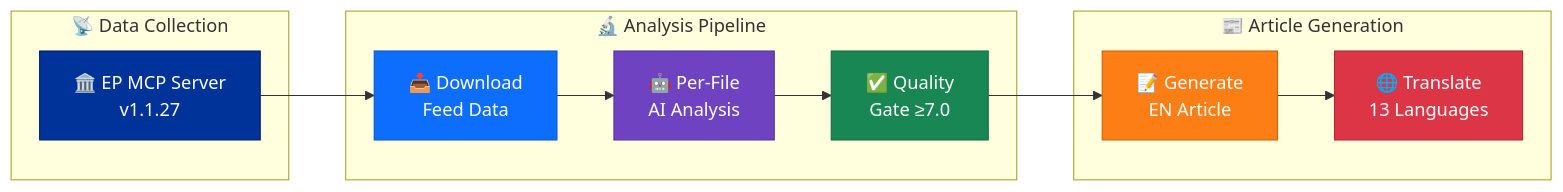
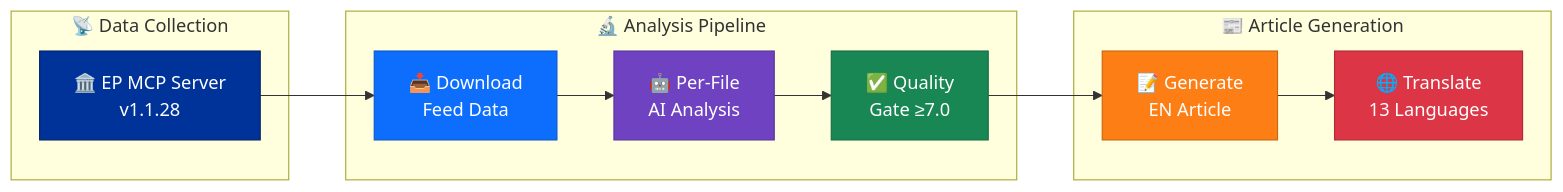
One commit to Hack23/euparliamentmonitor changed the first of 7 diagrams in analysis/README.md. Above: the diagram before and after it, drawn with Mermaid. The commit also changed other lines of this file and 27 other files, not shown here.

First line of the commit message:
chore: bump european-parliament-mcp-server 1.1.27 → 1.1.28 in all config, workflows, and docs

````diff
--- a/analysis/README.md
+++ b/analysis/README.md
@@ -63,26 +63,26 @@
 ```mermaid
 flowchart LR
     subgraph "📡 Data Collection"
-        EP["🏛️ EP MCP Server\nv1.1.27"]
+        EP["🏛️ EP MCP Server\nv1.1.28"]
     end
 
     subgraph "🔬 Analysis Pipeline"
         DL["📥 Download\nFeed Data"]
         AI["🤖 Per-File\nAI Analysis"]
         QG["✅ Quality\nGate ≥7.0"]
     end
 
     subgraph "📰 Article Generation"
         GEN["📝 Generate\nEN Article"]
         TR["🌐 Translate\n13 Languages"]
     end
 
     EP --> DL --> AI --> QG --> GEN --> TR
 
     style EP fill:#003399,stroke:#002266,color:#fff
     style DL fill:#0d6efd,stroke:#0a58ca,color:#fff
     style AI fill:#6f42c1,stroke:#59359a,color:#fff
     style QG fill:#198754,stroke:#146c43,color:#fff
     style GEN fill:#fd7e14,stroke:#ca6510,color:#fff
     style TR fill:#dc3545,stroke:#b02a37,color:#fff
 ```
````
